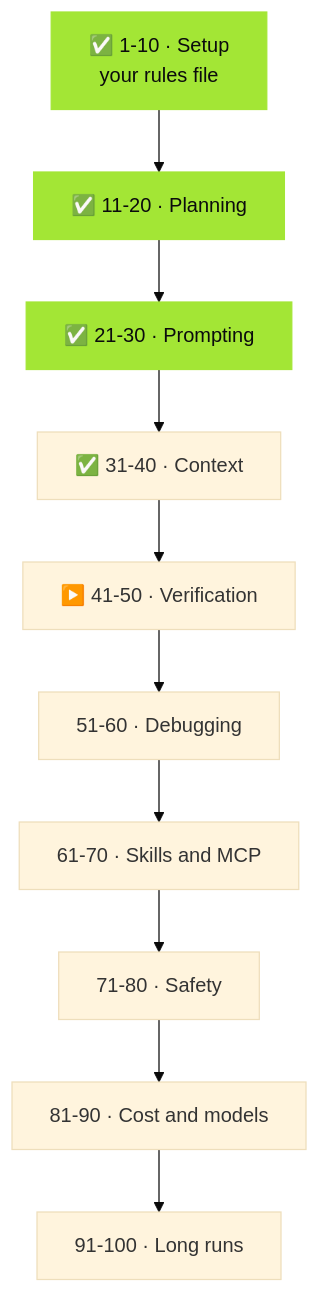
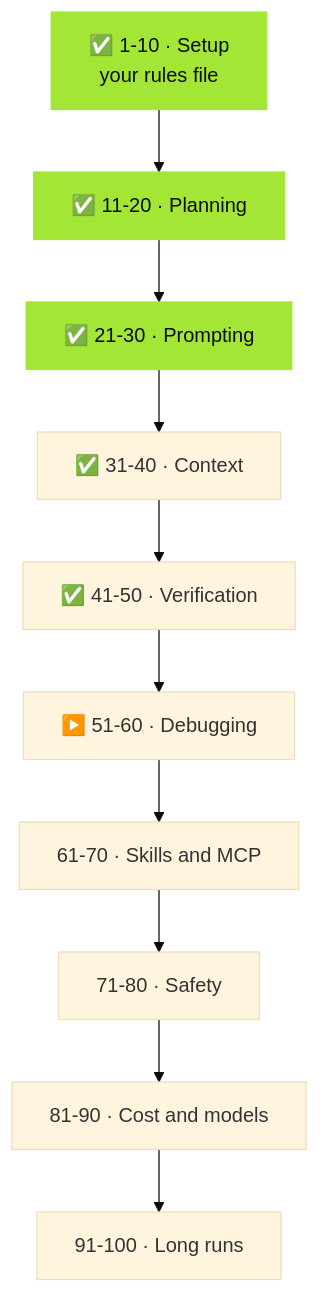
Before and after one commit to sebuzdugan/100-tricks-lab: the second of 2 diagrams in README.md, drawn with Mermaid (base theme).

Commit message:
README: mark module 5 done

````diff
--- a/README.md
+++ b/README.md
@@ -110,8 +110,8 @@
 ```mermaid
 flowchart TB
-  M1["✅ 1-10 · Setup<br>your rules file"] --> M2["✅ 11-20 · Planning"] --> M3["✅ 21-30 · Prompting"] --> M4["✅ 31-40 · Context"] --> M5["▶️ 41-50 · Verification"]
-  M5 --> M6["51-60 · Debugging"] --> M7["61-70 · Skills and MCP"] --> M8["71-80 · Safety"] --> M9["81-90 · Cost and models"] --> M10["91-100 · Long runs"]
+  M1["✅ 1-10 · Setup<br>your rules file"] --> M2["✅ 11-20 · Planning"] --> M3["✅ 21-30 · Prompting"] --> M4["✅ 31-40 · Context"] --> M5["✅ 41-50 · Verification"]
+  M5 --> M6["▶️ 51-60 · Debugging"] --> M7["61-70 · Skills and MCP"] --> M8["71-80 · Safety"] --> M9["81-90 · Cost and models"] --> M10["91-100 · Long runs"]
   style M1 fill:#A3E635,stroke:#A3E635,color:#0B0B0D
   style M2 fill:#A3E635,stroke:#A3E635,color:#0B0B0D
   style M3 fill:#A3E635,stroke:#A3E635,color:#0B0B0D
 ```
````
